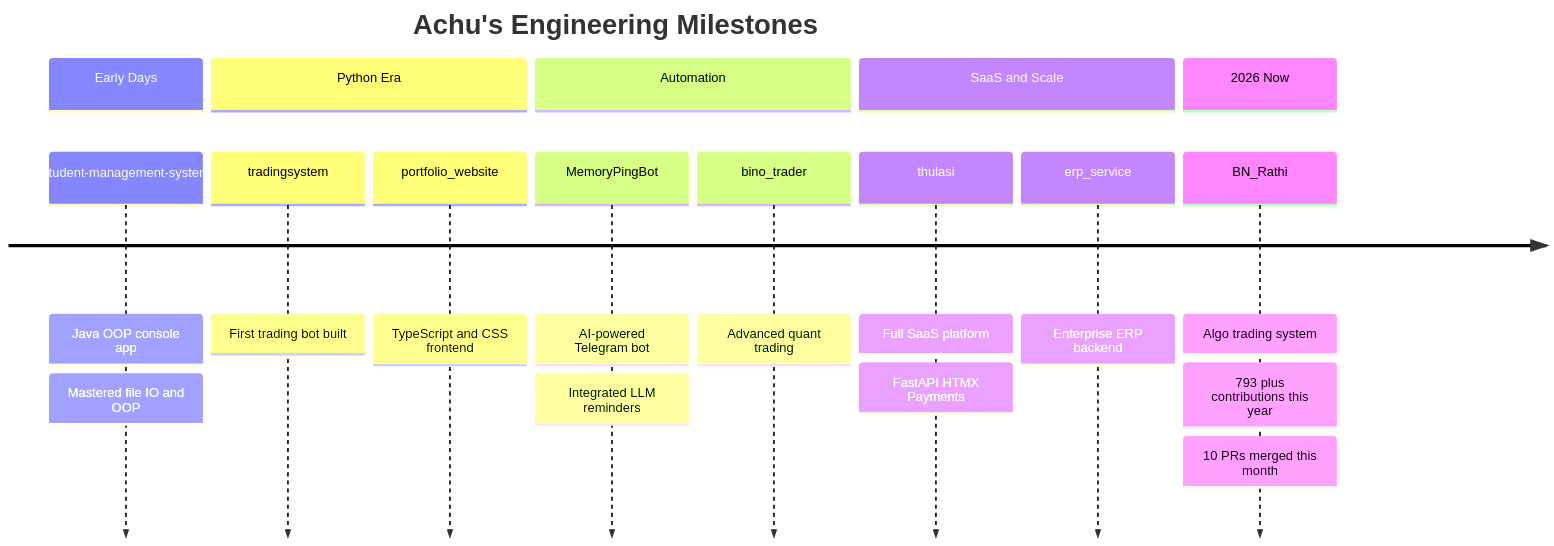
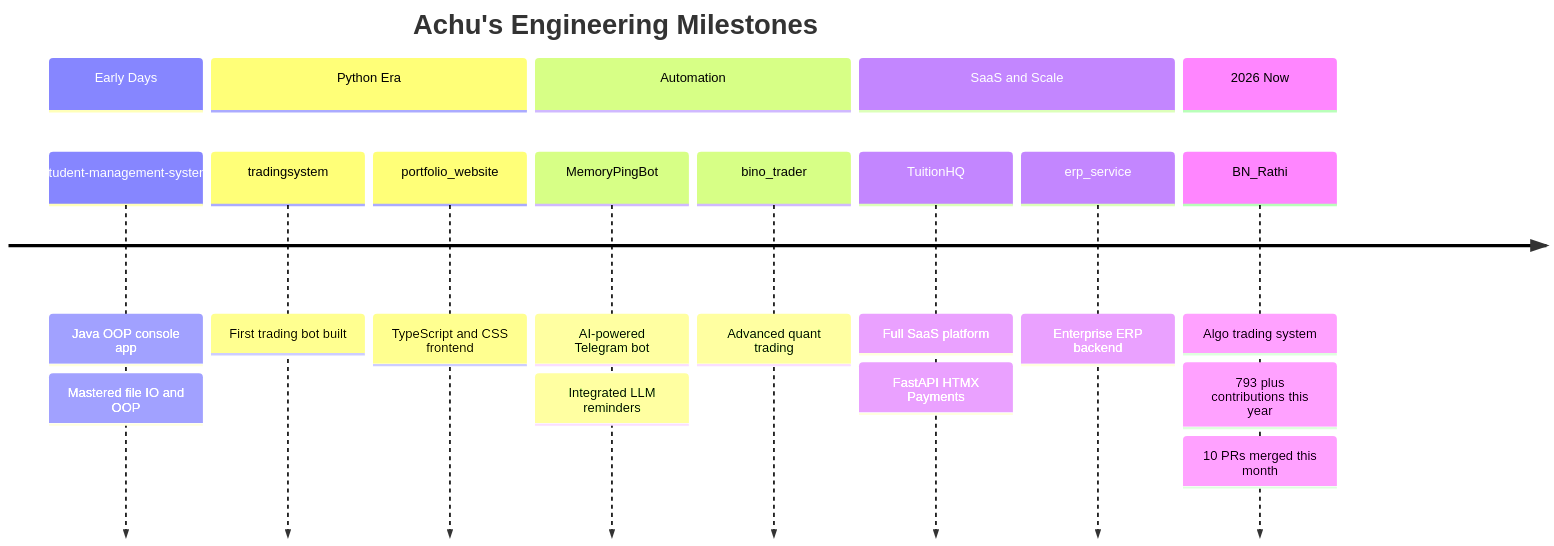
The second of 2 diagrams in README.md (achuvijayakumar/achuvijayakumar), drawn with Mermaid before and after one commit. The commit also changed other lines of this file, not shown here.

Commit message:
Rename Thulasi to TuitionHQ in README

````diff
--- a/README.md
+++ b/README.md
@@ -153,22 +153,22 @@
 ```mermaid
 timeline
     title Achu's Engineering Milestones
     section Early Days
       student-management-system : Java OOP console app
                                  : Mastered file IO and OOP
     section Python Era
       tradingsystem             : First trading bot built
       portfolio_website         : TypeScript and CSS frontend
     section Automation
       MemoryPingBot             : AI-powered Telegram bot
                                 : Integrated LLM reminders
       bino_trader               : Advanced quant trading
     section SaaS and Scale
-      thulasi                   : Full SaaS platform
+      TuitionHQ                   : Full SaaS platform
                                 : FastAPI HTMX Payments
       erp_service               : Enterprise ERP backend
     section 2026 Now
       BN_Rathi                  : Algo trading system
                                 : 793 plus contributions this year
                                 : 10 PRs merged this month
 ```
````
